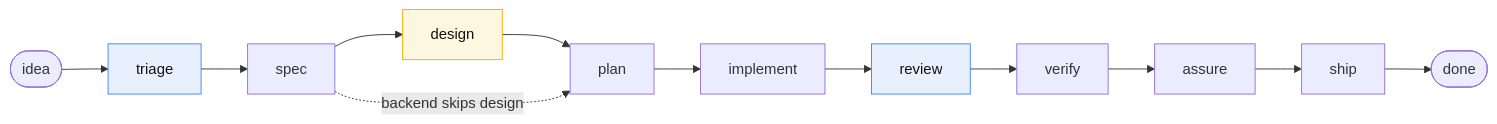
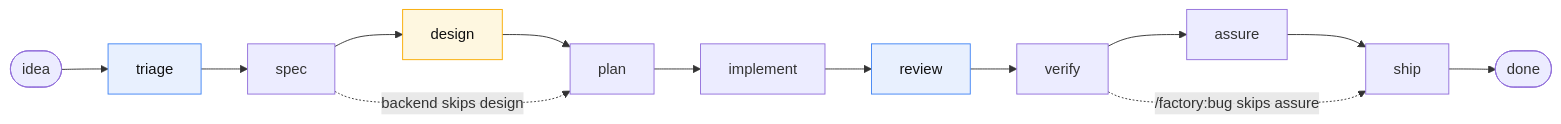
One commit to eski009/Factory changed the first of 2 diagrams in README.md. Above: the diagram before and after it, drawn with Mermaid. The commit also changed other lines of this file and 12 other files, not shown here.

````diff
--- a/README.md
+++ b/README.md
@@ -22,19 +22,20 @@
 ```mermaid
 flowchart LR
     idea([idea]) --> triage[triage]
     triage --> spec[spec]
     spec --> design[design]
     design --> plan[plan]
     plan --> implement[implement]
     implement --> review[review]
     review --> verify[verify]
     verify --> assure[assure]
     assure --> ship[ship]
     ship --> done([done])
     spec -. backend skips design .-> plan
+    verify -. /factory:bug skips assure .-> ship
 
     classDef council fill:#e8f0fe,stroke:#4285f4,color:#111;
     classDef human fill:#fef7e0,stroke:#f9ab00,color:#111;
     class triage,review council;
     class design human;
 ```
````
